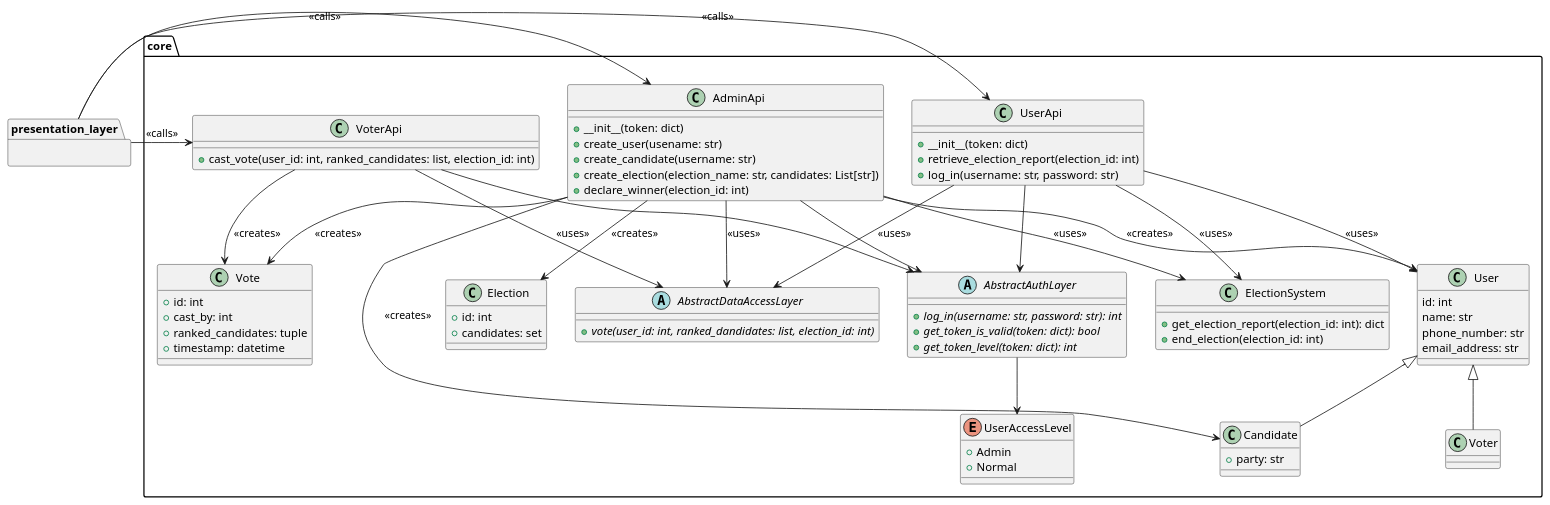
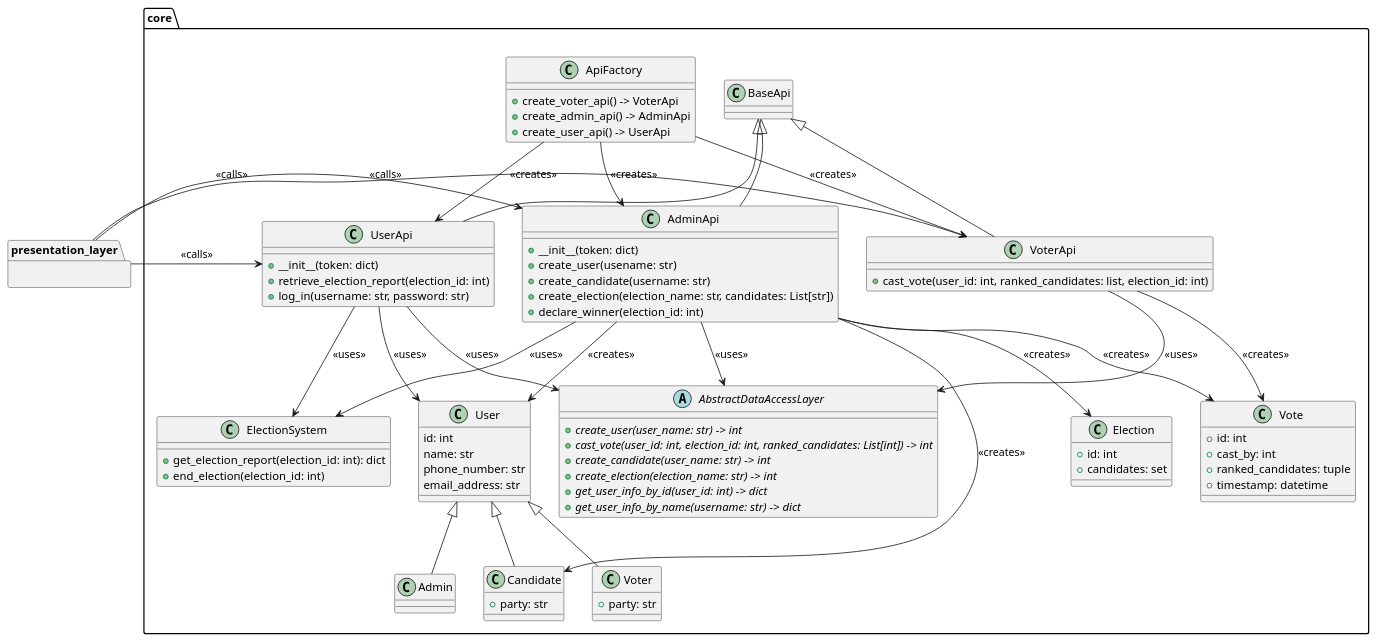
Before and after one commit to JoshuaSchlichting/sweng894-capstone: the diagram in docs/architecture/core-class-diagram.plantuml, drawn with PlantUML.

Commit message:
update diagram

```diff
--- a/docs/architecture/core-class-diagram.plantuml
+++ b/docs/architecture/core-class-diagram.plantuml
@@ -1,98 +1,104 @@
 @startuml
 ' skinparam linetype polyline
 ' skinparam linetype ortho
 namespace core{
     class User{
         id: int
         name: str
         phone_number: str
         email_address: str
     }
 
     class Voter {
+        +party: str
     }
     class Candidate{
         +party: str
     }
 
+    class Admin extends User{
+
+    }
 
     Voter -up-|> User
     Candidate -up-|> User
 
     class Election{
         +id: int
         +candidates: set
     }
 
 
     class Vote{
         +id: int
         +cast_by: int
         +ranked_candidates: tuple
         +timestamp: datetime
     }
 
+    class BaseApi{}
 
-    class UserApi{
+    class UserApi extends BaseApi{
         +__init__(token: dict)
         +retrieve_election_report(election_id: int)
         +log_in(username: str, password: str)
     }
     UserApi --> User : << uses >>
     UserApi --> AbstractDataAccessLayer : << uses >>
     UserApi --> ElectionSystem : <<uses>>
 
-    class VoterApi{
+    class VoterApi extends BaseApi{
         +cast_vote(user_id: int, ranked_candidates: list, election_id: int)
     }
     VoterApi --> AbstractDataAccessLayer : << uses >>
     VoterApi --> Vote : <<creates>>
 
+
+
+    class ApiFactory{
+        +create_voter_api() -> VoterApi
+        +create_admin_api() -> AdminApi
+        +create_user_api() -> UserApi
+    }
+
+    ApiFactory --> VoterApi : <<creates>>
+    ApiFactory --> AdminApi : <<creates>>
+    ApiFactory --> UserApi : <<creates>>
+
     abstract class AbstractDataAccessLayer{
-        +{abstract}vote(user_id: int, ranked_dandidates: list, election_id: int)
+        +{abstract}create_user(user_name: str) -> int
+        +{abstract}cast_vote(user_id: int, election_id: int, ranked_candidates: List[int]) -> int
+        +{abstract}create_candidate(user_name: str) -> int
+        +{abstract}create_election(election_name: str) -> int
+        +{abstract}get_user_info_by_id(user_id: int) -> dict
+        +{abstract}get_user_info_by_name(username: str) -> dict
     }
 
     class ElectionSystem{
         +get_election_report(election_id: int): dict
         +end_election(election_id: int)
     }
     AdminApi --> ElectionSystem : <<uses>>
-
-    enum UserAccessLevel{
-        +Admin
-        +Normal
-    }
-    abstract class AbstractAuthLayer{
-        +{abstract}log_in(username: str, password: str): int
-        +{abstract}get_token_is_valid(token: dict): bool
-        +{abstract}get_token_level(token: dict): int
-    }
-    AbstractAuthLayer --> UserAccessLevel
-
-    AdminApi --> AbstractAuthLayer
-    UserApi --> AbstractAuthLayer
-    VoterApi --> AbstractAuthLayer
-
-    class AdminApi{
+    class AdminApi extends BaseApi{
         +__init__(token: dict)
         +create_user(usename: str)
         +create_candidate(username: str)
         +create_election(election_name: str, candidates: List[str])
         +declare_winner(election_id: int)
     }
     AdminApi --> Election : <<creates>>
     AdminApi --> AbstractDataAccessLayer : << uses >>
     AdminApi --> User : << creates >>
     AdminApi --> Candidate : << creates >>
     AdminApi --> Vote : << creates >>
 }
 
 namespace presentation_layer{
 
 }
 
 presentation_layer -> core.UserApi : <<calls>>
 presentation_layer -> core.AdminApi : <<calls>>
 presentation_layer -> core.VoterApi : <<calls>>
 
 @enduml
```
